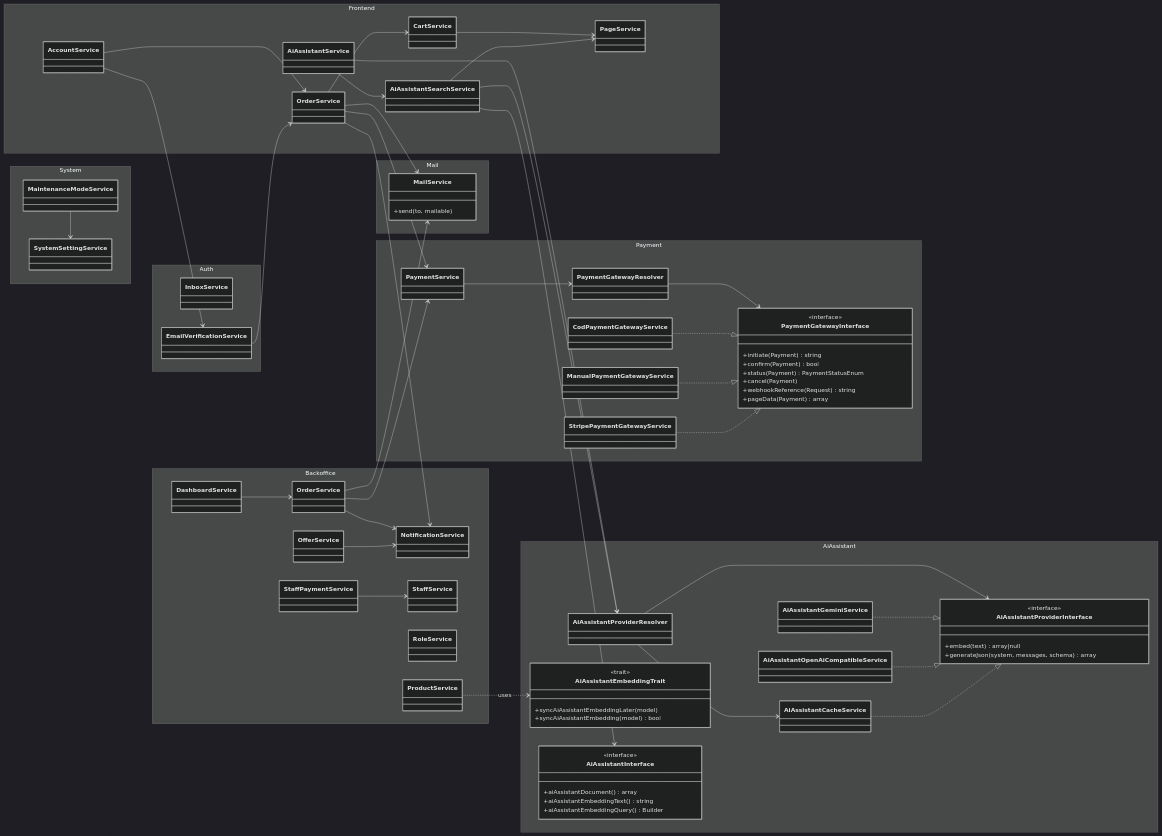
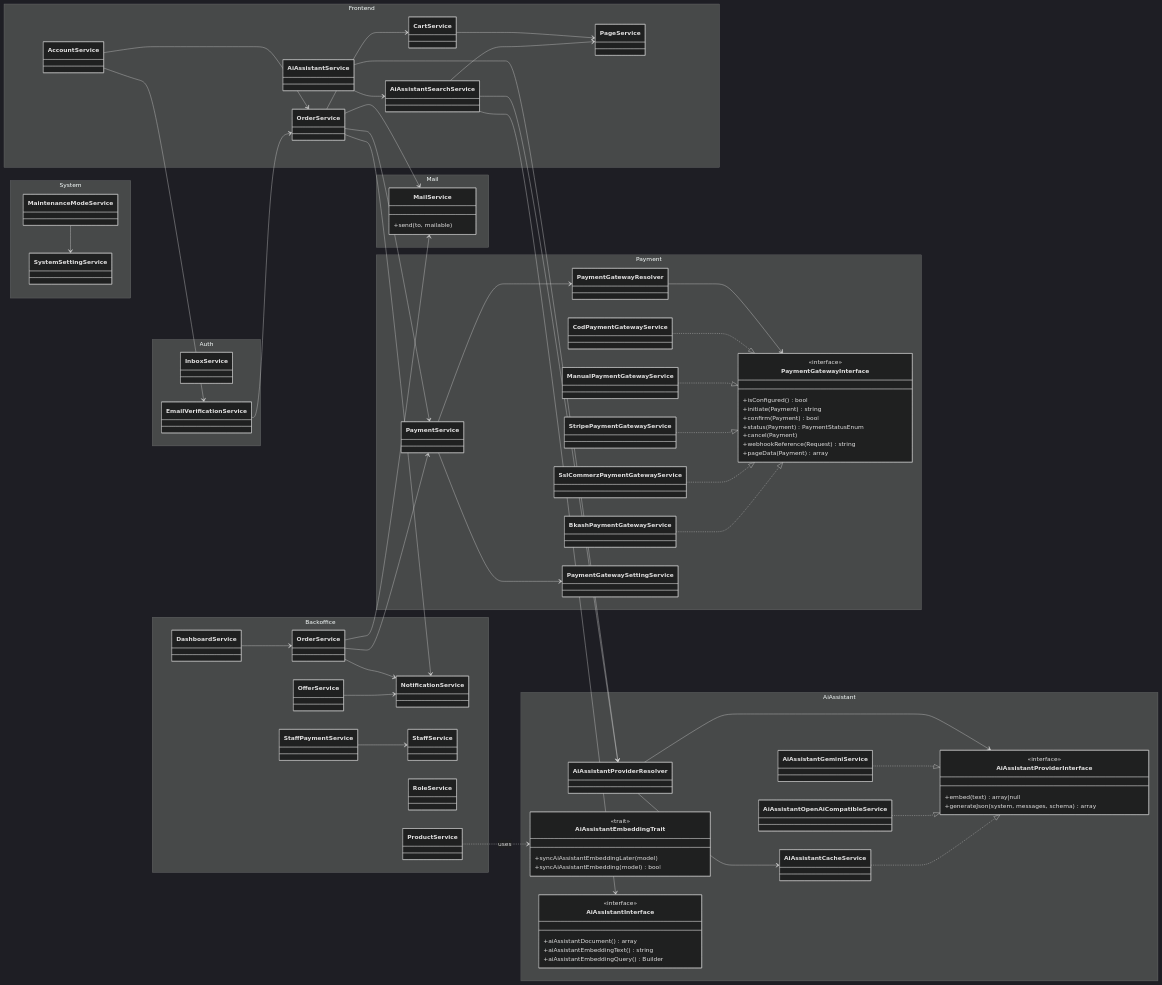
One commit to salehibneomar/amar-ecommerce changed the third of 11 diagrams in docs/DIAGRAM.md. Above: the diagram before and after it, drawn with Mermaid (dark theme). The commit also changed other lines of this file and 285 other files, not shown here.

```diff
--- a/docs/DIAGRAM.md
+++ b/docs/DIAGRAM.md
@@ -394,6 +416,7 @@
     namespace Payment {
         class PaymentGatewayInterface {
             <<interface>>
+            +isConfigured() bool
             +initiate(Payment) string
             +confirm(Payment) bool
             +status(Payment) PaymentStatusEnum
@@ -405,7 +428,10 @@
         class CodPaymentGatewayService
         class ManualPaymentGatewayService
         class StripePaymentGatewayService
+        class SslCommerzPaymentGatewayService
+        class BkashPaymentGatewayService
         class PaymentGatewayResolver
+        class PaymentGatewaySettingService
     }
     namespace AiAssistant {
         class AiAssistantProviderInterface {
@@ -446,10 +472,13 @@
     StaffPaymentService --> StaffService
     DashboardService --> BackofficeOrderService
     PaymentService --> PaymentGatewayResolver
+    PaymentService --> PaymentGatewaySettingService
     PaymentGatewayResolver --> PaymentGatewayInterface
     CodPaymentGatewayService ..|> PaymentGatewayInterface
     ManualPaymentGatewayService ..|> PaymentGatewayInterface
     StripePaymentGatewayService ..|> PaymentGatewayInterface
+    SslCommerzPaymentGatewayService ..|> PaymentGatewayInterface
+    BkashPaymentGatewayService ..|> PaymentGatewayInterface
     AiAssistantService --> AiAssistantSearchService
     AiAssistantService --> AiAssistantProviderResolver
     AiAssistantSearchService --> PageService
```
